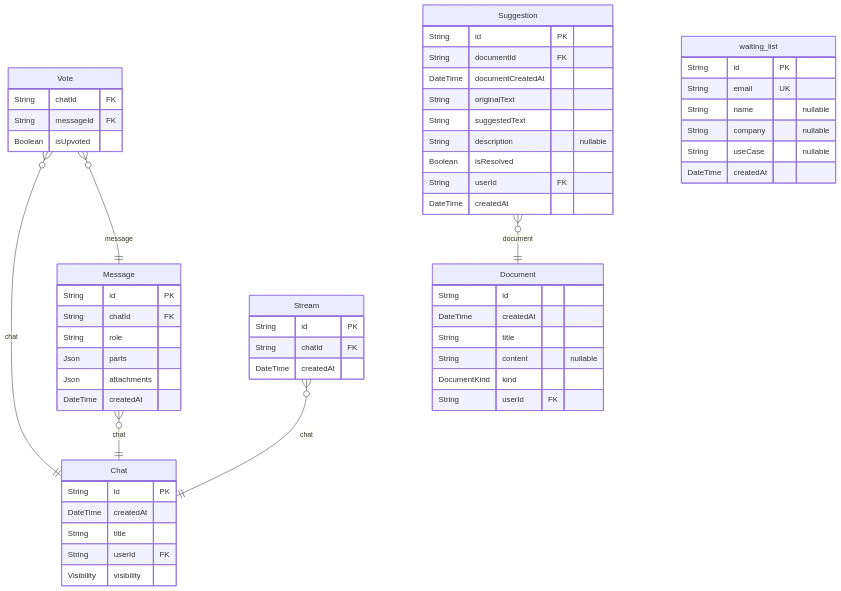
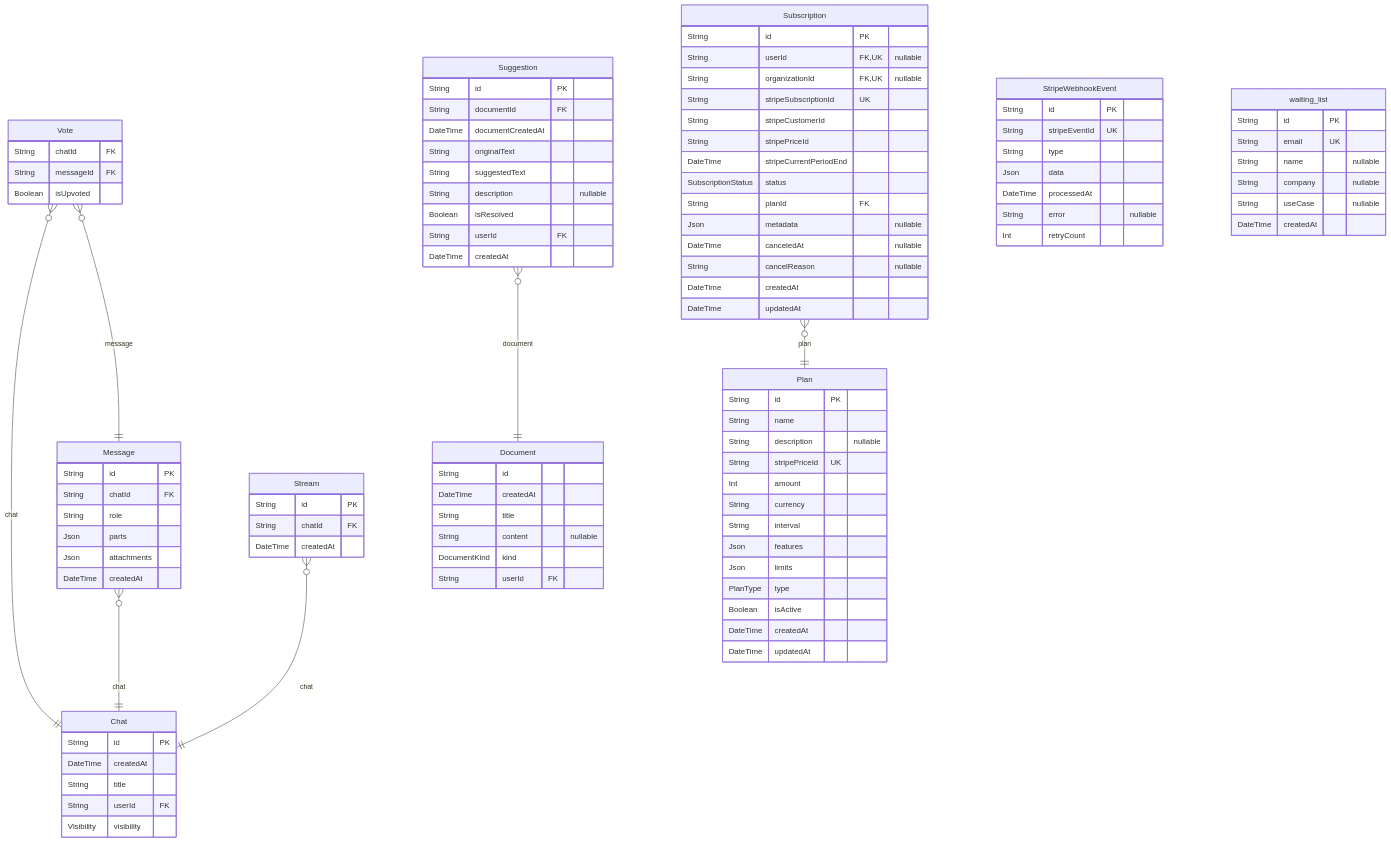
Before and after one commit to rayven122/tumiki: the seventh of 7 diagrams in packages/db/prisma/README.md, drawn with Mermaid. The commit also changed other lines of this file and 7 other files, not shown here.

````diff
--- a/packages/db/prisma/README.md
+++ b/packages/db/prisma/README.md
@@ -911,6 +919,46 @@
   String chatId FK
   DateTime createdAt
 }
+"Plan" {
+  String id PK
+  String name
+  String description "nullable"
+  String stripePriceId UK
+  Int amount
+  String currency
+  String interval
+  Json features
+  Json limits
+  PlanType type
+  Boolean isActive
+  DateTime createdAt
+  DateTime updatedAt
+}
+"Subscription" {
+  String id PK
+  String userId FK,UK "nullable"
+  String organizationId FK,UK "nullable"
+  String stripeSubscriptionId UK
+  String stripeCustomerId
+  String stripePriceId
+  DateTime stripeCurrentPeriodEnd
+  SubscriptionStatus status
+  String planId FK
+  Json metadata "nullable"
+  DateTime canceledAt "nullable"
+  String cancelReason "nullable"
+  DateTime createdAt
+  DateTime updatedAt
+}
+"StripeWebhookEvent" {
+  String id PK
+  String stripeEventId UK
+  String type
+  Json data
+  DateTime processedAt
+  String error "nullable"
+  Int retryCount
+}
 "waiting_list" {
   String id PK
   String email UK
@@ -924,4 +972,5 @@
 "Vote" }o--|| "Message" : message
 "Suggestion" }o--|| "Document" : document
 "Stream" }o--|| "Chat" : chat
+"Subscription" }o--|| "Plan" : plan
 ```
````
